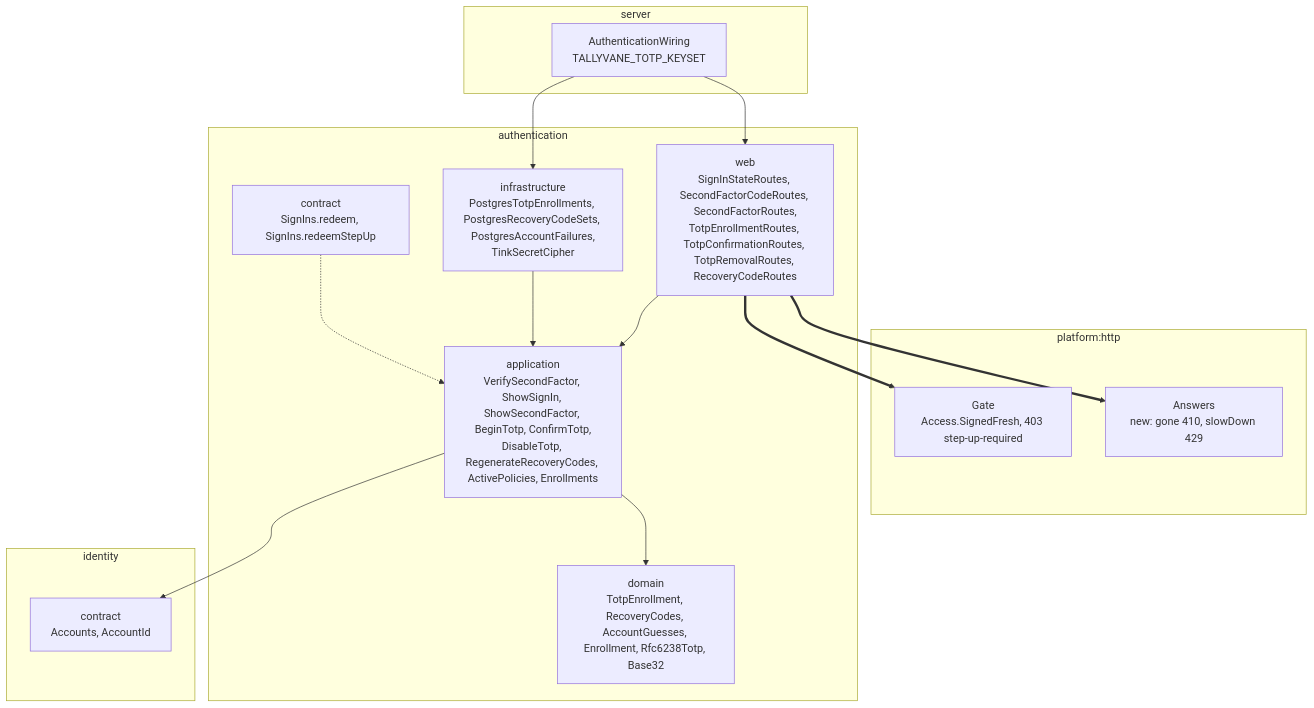
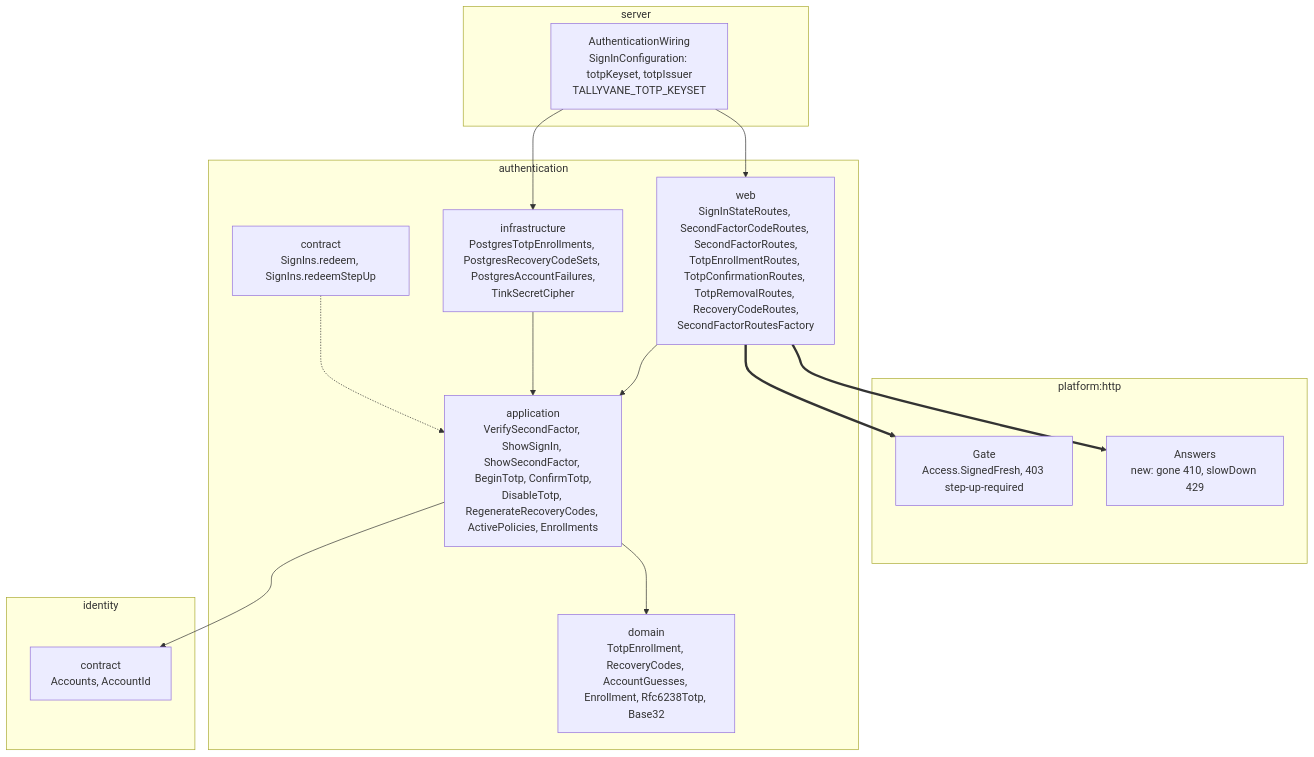
Before and after one commit to yuriisurzhykov/Tallyvane: the third of 6 diagrams in docs/backend/03-authentication-slice-5b-totp.md, drawn with Mermaid. The commit also changed other lines of this file and 3 other files, not shown here.

First line of the commit message:
Record the TOTP decision as ADR-093 and bring the slice 5 documents in line with the code (slice 5b)

````diff
--- a/docs/backend/03-authentication-slice-5b-totp.md
+++ b/docs/backend/03-authentication-slice-5b-totp.md
@@ -118,29 +118,29 @@
 ```mermaid
 flowchart TB
     subgraph http [platform:http]
         gate["Gate<br/>Access.SignedFresh, 403 step-up-required"]
         answers["Answers<br/>new: gone 410, slowDown 429"]
     end
     subgraph authn [authentication]
-        aweb["web<br/>SignInStateRoutes, SecondFactorCodeRoutes, SecondFactorRoutes,<br/>TotpEnrollmentRoutes, TotpConfirmationRoutes, TotpRemovalRoutes, RecoveryCodeRoutes"]
+        aweb["web<br/>SignInStateRoutes, SecondFactorCodeRoutes, SecondFactorRoutes,<br/>TotpEnrollmentRoutes, TotpConfirmationRoutes, TotpRemovalRoutes, RecoveryCodeRoutes,<br/>SecondFactorRoutesFactory"]
         aapp["application<br/>VerifySecondFactor, ShowSignIn, ShowSecondFactor, BeginTotp, ConfirmTotp,<br/>DisableTotp, RegenerateRecoveryCodes, ActivePolicies, Enrollments"]
         acon["contract<br/>SignIns.redeem, SignIns.redeemStepUp"]
         adom["domain<br/>TotpEnrollment, RecoveryCodes, AccountGuesses, Enrollment, Rfc6238Totp, Base32"]
         ainf["infrastructure<br/>PostgresTotpEnrollments, PostgresRecoveryCodeSets, PostgresAccountFailures,<br/>TinkSecretCipher"]
     end
     subgraph ident [identity]
         icon["contract<br/>Accounts, AccountId"]
     end
     subgraph server [server]
-        wiring["AuthenticationWiring<br/>TALLYVANE_TOTP_KEYSET"]
+        wiring["AuthenticationWiring<br/>SignInConfiguration: totpKeyset, totpIssuer<br/>TALLYVANE_TOTP_KEYSET"]
     end
     aweb ==> gate
     aweb ==> answers
     aweb --> aapp
     aapp --> adom
     aapp --> icon
     ainf --> aapp
     acon -.-> aapp
     wiring --> ainf
     wiring --> aweb
 ```
````
